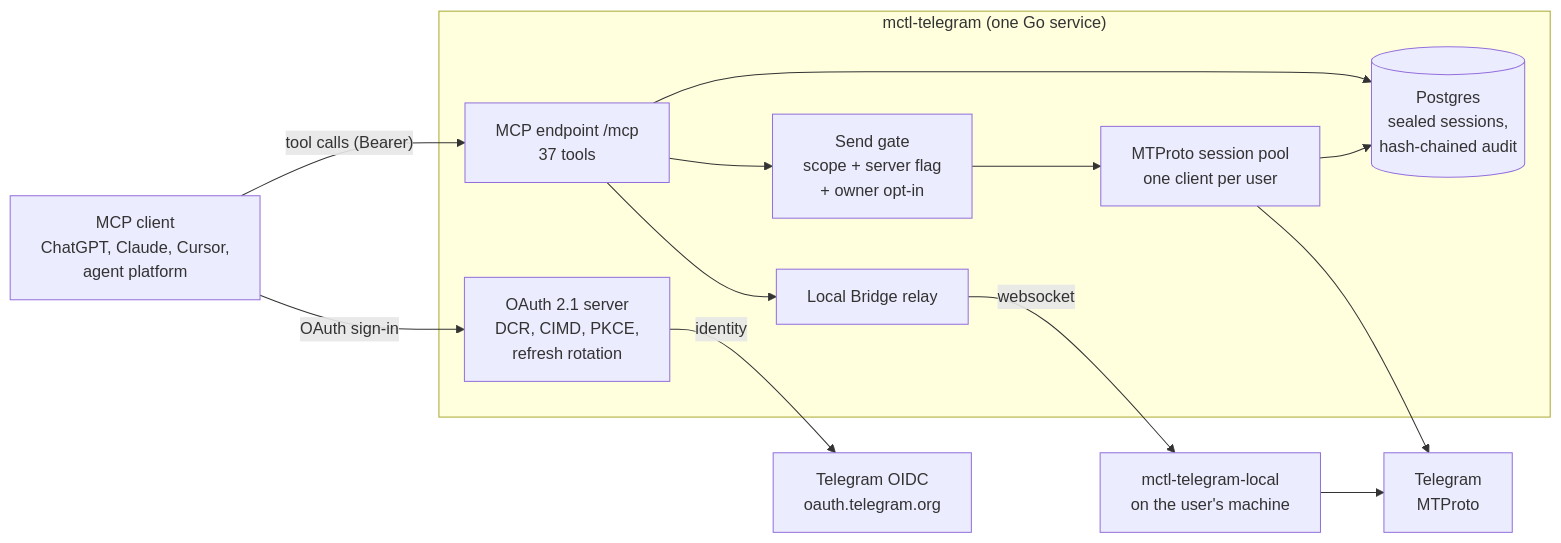
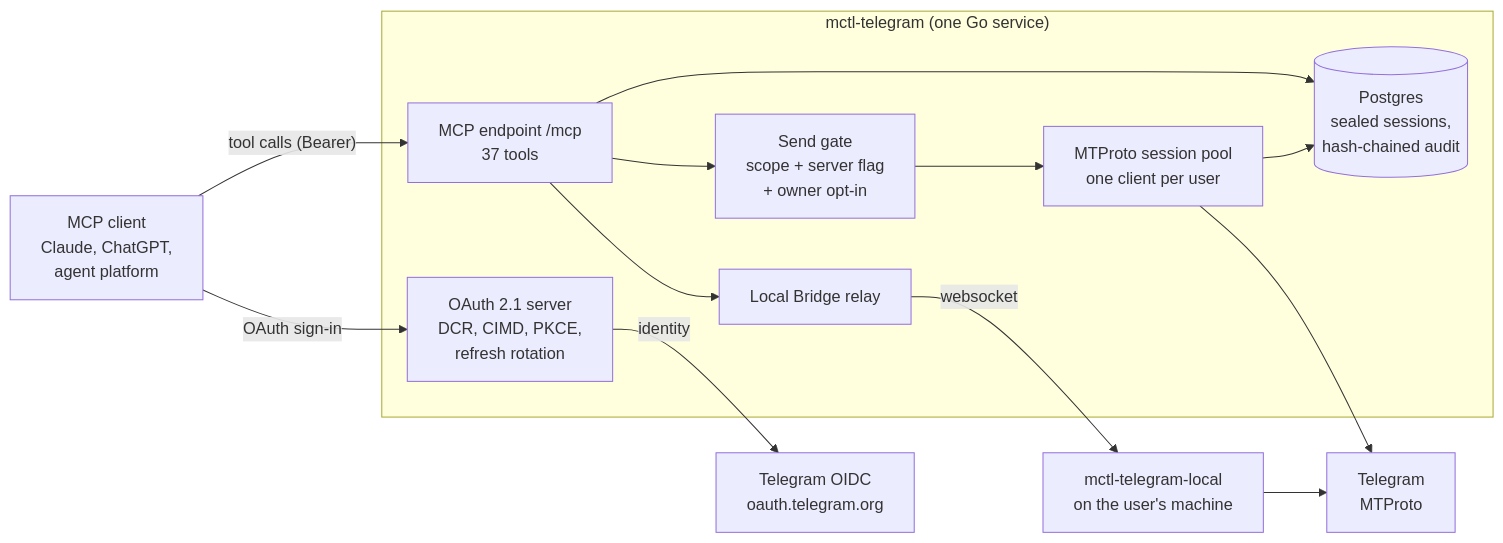
Before and after one commit to mctlhq/mctl-telegram: the diagram in README.md, drawn with Mermaid. The commit also changed other lines of this file and 2 other files, not shown here.

First line of the commit message:
docs: align README and LLMS.md client claims with the public pages

````diff
--- a/README.md
+++ b/README.md
@@ -42,27 +45,27 @@
 ```mermaid
 flowchart LR
-    C["MCP client<br/>ChatGPT, Claude, Cursor,<br/>agent platform"]
+    C["MCP client<br/>Claude, ChatGPT,<br/>agent platform"]
     subgraph S["mctl-telegram (one Go service)"]
         AS["OAuth 2.1 server<br/>DCR, CIMD, PKCE,<br/>refresh rotation"]
         M["MCP endpoint /mcp<br/>37 tools"]
         G["Send gate<br/>scope + server flag<br/>+ owner opt-in"]
         P["MTProto session pool<br/>one client per user"]
         R["Local Bridge relay"]
         A[("Postgres<br/>sealed sessions,<br/>hash-chained audit")]
     end
     TO["Telegram OIDC<br/>oauth.telegram.org"]
     T["Telegram<br/>MTProto"]
     D["mctl-telegram-local<br/>on the user's machine"]
 
     C -- "OAuth sign-in" --> AS
     AS -- "identity" --> TO
     C -- "tool calls (Bearer)" --> M
     M --> G
     G --> P
     P --> T
     M --> R
     R -- "websocket" --> D
     D --> T
     M --> A
     P --> A
 ```
````
